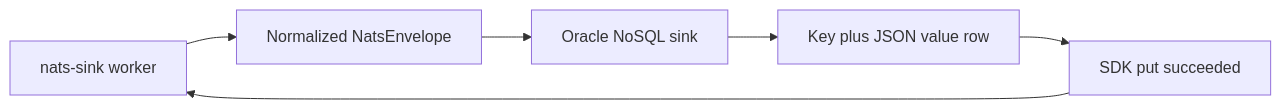
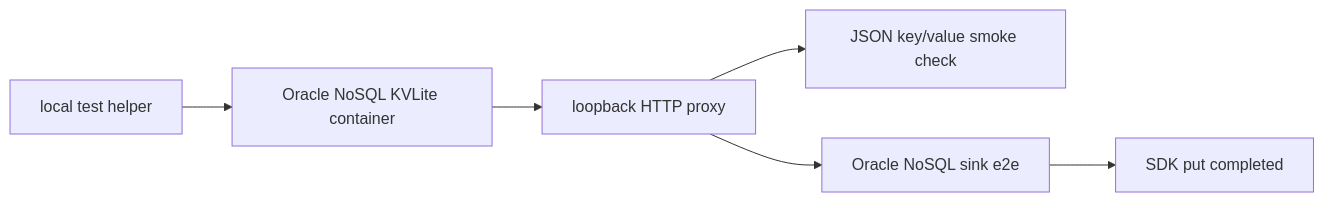
Before and after one commit to ProjectCuillin/nats-sinks: the diagram in docs/test-report.md, drawn with Mermaid. The commit also changed other lines of this file and 19 other files, not shown here.

Commit message:
Add Oracle NoSQL KVLite test backend

````diff
--- a/docs/test-report.md
+++ b/docs/test-report.md
@@ -34,8 +32,8 @@
 ```mermaid
 flowchart LR
-    Runner[nats-sink worker] --> Envelope[Normalized NatsEnvelope]
-    Envelope --> NoSQL[Oracle NoSQL sink]
-    NoSQL --> Row[Key plus JSON value row]
-    Row --> Commit[SDK put succeeded]
-    Commit --> Runner
+    Helper[local test helper] --> KVLite[Oracle NoSQL KVLite container]
+    KVLite --> Proxy[loopback HTTP proxy]
+    Proxy --> Smoke[JSON key/value smoke check]
+    Proxy --> SinkE2E[Oracle NoSQL sink e2e]
+    SinkE2E --> Put[SDK put completed]
 ```
````
